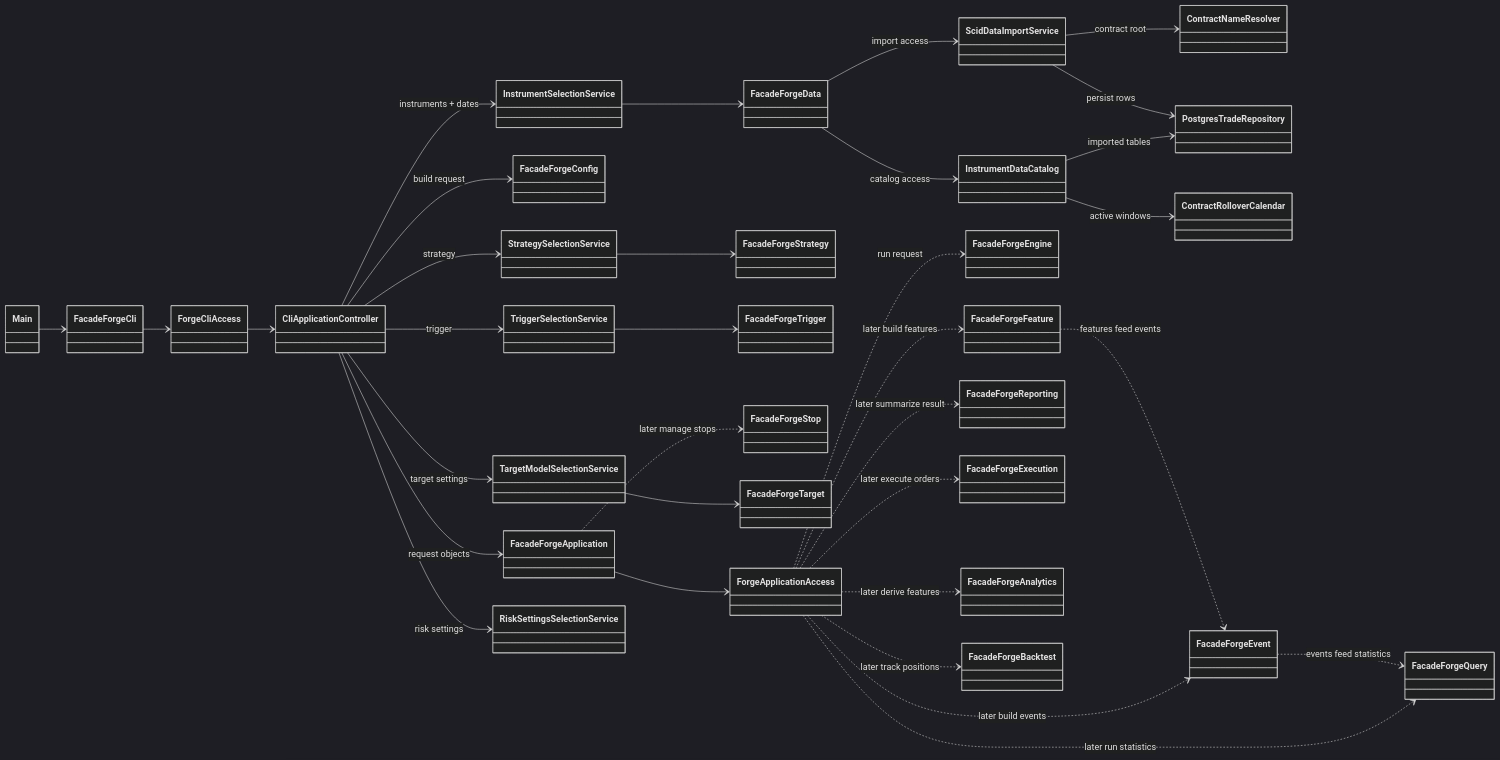
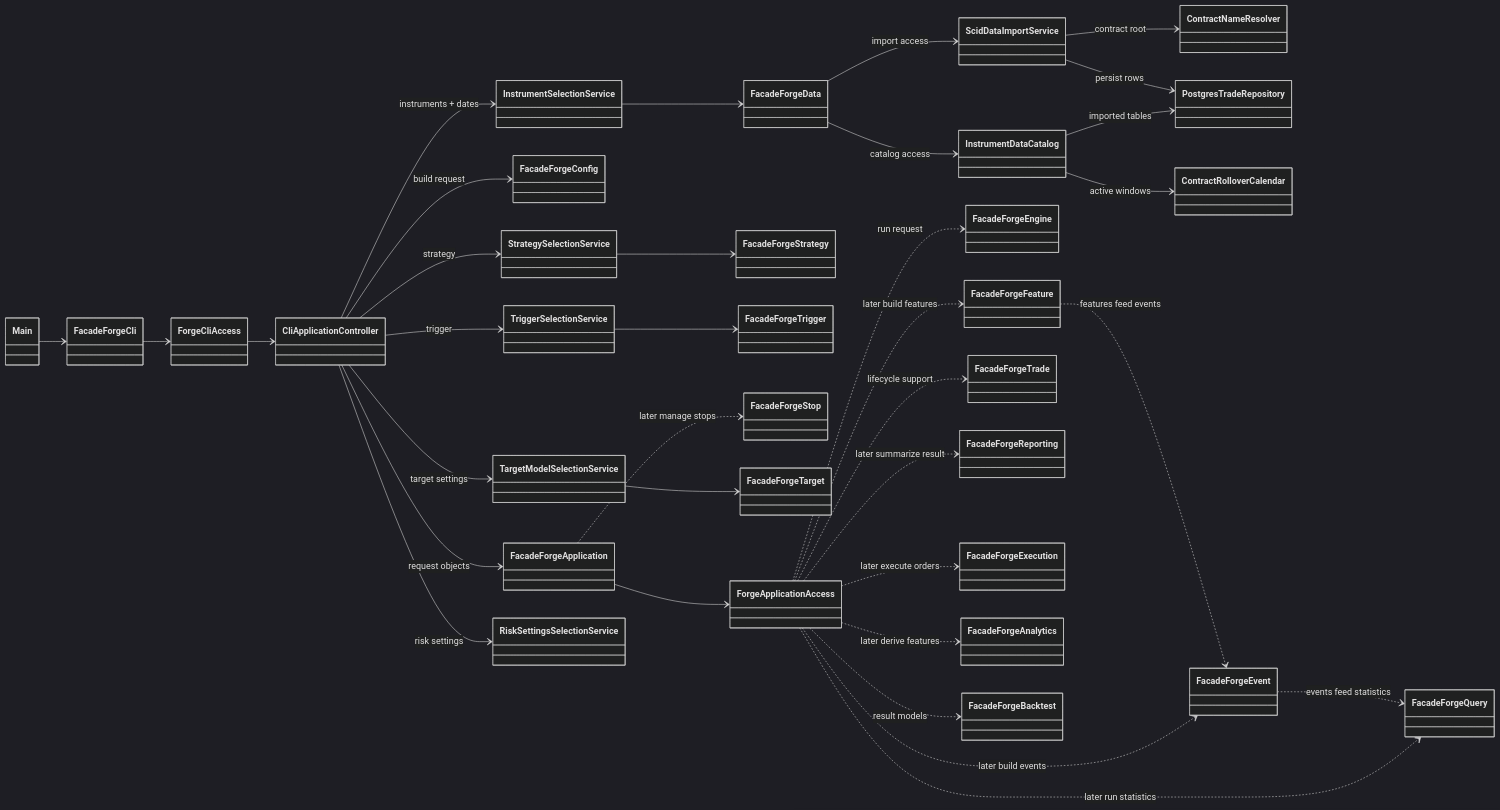
One commit to probst-paul/FORGE changed the first of 24 diagrams in class-model.md. Above: the diagram before and after it, drawn with Mermaid (dark theme). The commit also changed other lines of this file and 16 other files, not shown here.

First line of the commit message:
Add trade lifecycle and current-tick execution

````diff
--- a/class-model.md
+++ b/class-model.md
@@ -5,70 +5,72 @@
 ```mermaid
 classDiagram
     direction LR
 
     class Main
     class FacadeForgeCli
     class ForgeCliAccess
     class CliApplicationController
     class FacadeForgeApplication
     class FacadeForgeConfig
     class FacadeForgeData
     class InstrumentDataCatalog
     class ContractNameResolver
     class ScidDataImportService
     class PostgresTradeRepository
     class ContractRolloverCalendar
     class FacadeForgeStrategy
     class FacadeForgeTrigger
     class FacadeForgeStop
     class FacadeForgeTarget
     class FacadeForgeEngine
     class FacadeForgeFeature
     class FacadeForgeEvent
     class FacadeForgeQuery
+    class FacadeForgeTrade
     class FacadeForgeReporting
     class FacadeForgeExecution
     class FacadeForgeAnalytics
     class FacadeForgeBacktest
     class ForgeApplicationAccess
     class InstrumentSelectionService
     class StrategySelectionService
     class TriggerSelectionService
     class TargetModelSelectionService
     class RiskSettingsSelectionService
 
     Main --> FacadeForgeCli
     FacadeForgeCli --> ForgeCliAccess
     ForgeCliAccess --> CliApplicationController
     CliApplicationController --> FacadeForgeApplication : request objects
     FacadeForgeApplication --> ForgeApplicationAccess
     CliApplicationController --> InstrumentSelectionService : instruments + dates
     CliApplicationController --> StrategySelectionService : strategy
     CliApplicationController --> RiskSettingsSelectionService : risk settings
     CliApplicationController --> TriggerSelectionService : trigger
     CliApplicationController --> TargetModelSelectionService : target settings
     CliApplicationController --> FacadeForgeConfig : build request
 
     InstrumentSelectionService --> FacadeForgeData
     FacadeForgeData --> InstrumentDataCatalog : catalog access
     FacadeForgeData --> ScidDataImportService : import access
     InstrumentDataCatalog --> PostgresTradeRepository : imported tables
     InstrumentDataCatalog --> ContractRolloverCalendar : active windows
     ScidDataImportService --> ContractNameResolver : contract root
     ScidDataImportService --> PostgresTradeRepository : persist rows
     StrategySelectionService --> FacadeForgeStrategy
     TriggerSelectionService --> FacadeForgeTrigger
     FacadeForgeApplication ..> FacadeForgeStop : later manage stops
     TargetModelSelectionService --> FacadeForgeTarget
 
     ForgeApplicationAccess ..> FacadeForgeEngine : run request
     ForgeApplicationAccess ..> FacadeForgeFeature : later build features
     ForgeApplicationAccess ..> FacadeForgeEvent : later build events
     ForgeApplicationAccess ..> FacadeForgeQuery : later run statistics
+    ForgeApplicationAccess ..> FacadeForgeTrade : lifecycle support
     ForgeApplicationAccess ..> FacadeForgeExecution : later execute orders
     ForgeApplicationAccess ..> FacadeForgeReporting : later summarize result
     ForgeApplicationAccess ..> FacadeForgeAnalytics : later derive features
-    ForgeApplicationAccess ..> FacadeForgeBacktest : later track positions
+    ForgeApplicationAccess ..> FacadeForgeBacktest : result models
     FacadeForgeFeature ..> FacadeForgeEvent : features feed events
     FacadeForgeEvent ..> FacadeForgeQuery : events feed statistics
 ```
````
